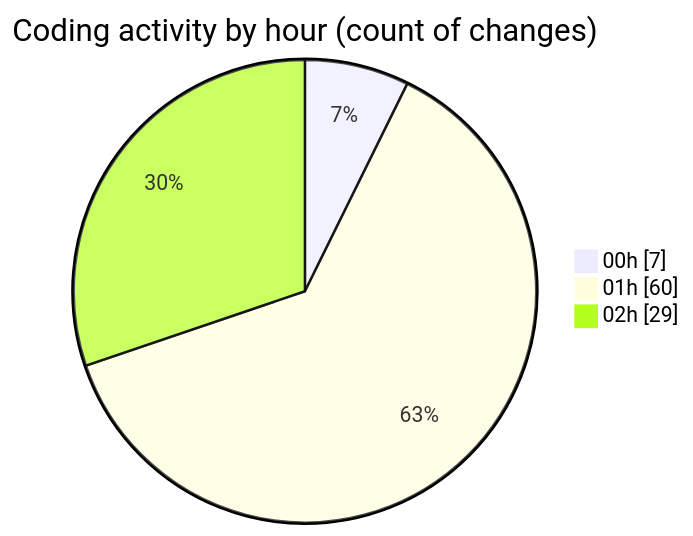
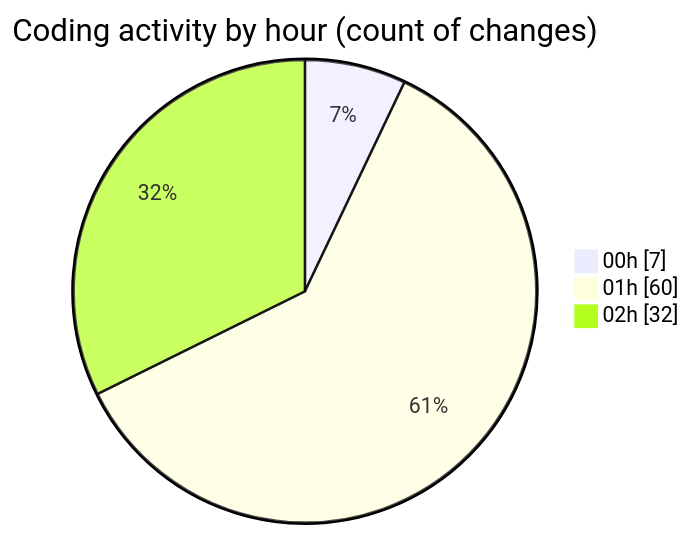
Before and after one commit to julien-gomy/code-tracking: the second of 2 diagrams in 2025-10-07/eventscop-frontend-guide__workspace_/README.md, drawn with Mermaid. The commit also changed other lines of this file and 1 other file, not shown here.

````diff
--- a/2025-10-07/eventscop-frontend-guide__workspace_/README.md
+++ b/2025-10-07/eventscop-frontend-guide__workspace_/README.md
@@ -78,7 +80,7 @@
 ```mermaid
 pie showData
 title Coding activity by hour (count of changes)
 "00h" : 7
 "01h" : 60
-"02h" : 29
+"02h" : 32
 ```
````
